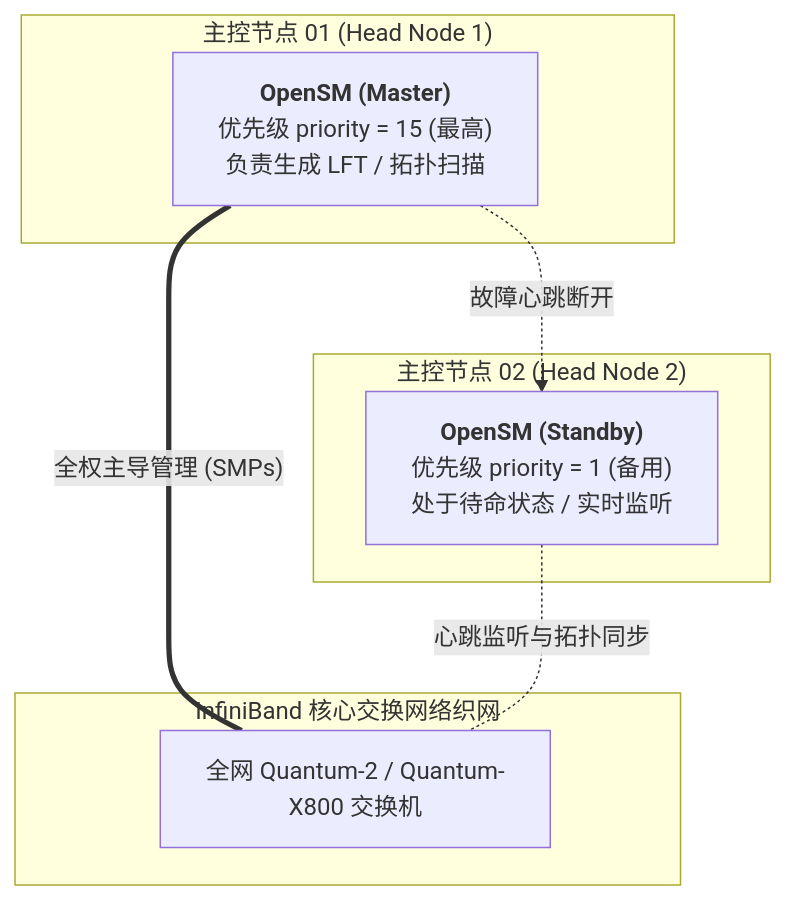
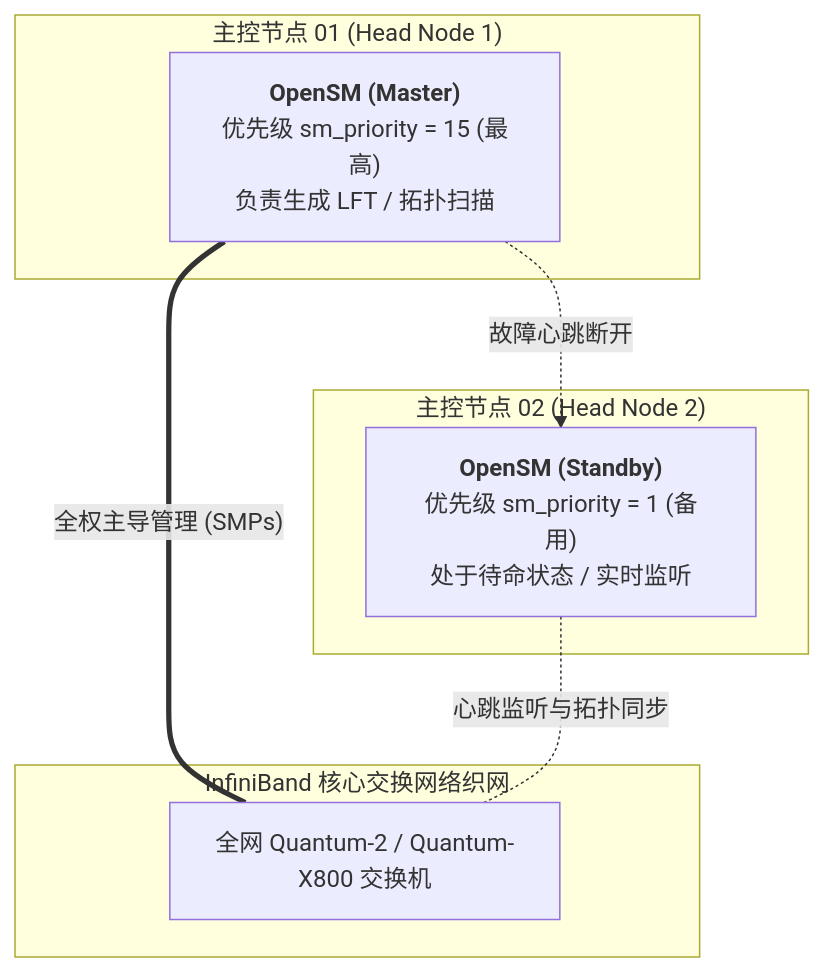
The first of 4 diagrams in content/zh/articles/infiniband-production-deployment-opensm-ofed-nccl-tuning.md (ifnodoraemon/ifnodoraemon.github.io), drawn with Mermaid before and after one commit. The commit also changed other lines of this file and 171 other files, not shown here.

````diff
--- a/content/zh/articles/infiniband-production-deployment-opensm-ofed-nccl-tuning.md
+++ b/content/zh/articles/infiniband-production-deployment-opensm-ofed-nccl-tuning.md
@@ -98,18 +98,18 @@
 ```mermaid
 flowchart TD
     subgraph Fabric["InfiniBand 核心交换网络织网"]
         SwitchFabric["全网 Quantum-2 / Quantum-X800 交换机"]
     end
 
     subgraph Head01["主控节点 01 (Head Node 1)"]
-        SM1["<b>OpenSM (Master)</b><br/>优先级 priority = 15 (最高)<br/>负责生成 LFT / 拓扑扫描"]
+        SM1["<b>OpenSM (Master)</b><br/>优先级 sm_priority = 15 (最高)<br/>负责生成 LFT / 拓扑扫描"]
     end
 
     subgraph Head02["主控节点 02 (Head Node 2)"]
-        SM2["<b>OpenSM (Standby)</b><br/>优先级 priority = 1 (备用)<br/>处于待命状态 / 实时监听"]
+        SM2["<b>OpenSM (Standby)</b><br/>优先级 sm_priority = 1 (备用)<br/>处于待命状态 / 实时监听"]
     end
 
     SM1 ===|"全权主导管理 (SMPs)"| SwitchFabric
     SM2 -.-|"心跳监听与拓扑同步"| SwitchFabric
     SM1 -. 故障心跳断开 .-> SM2
 ```
````
